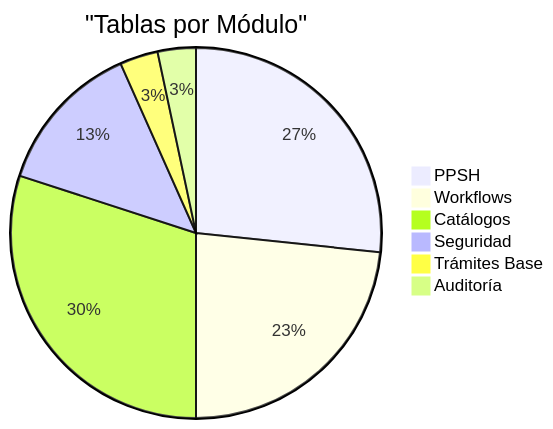
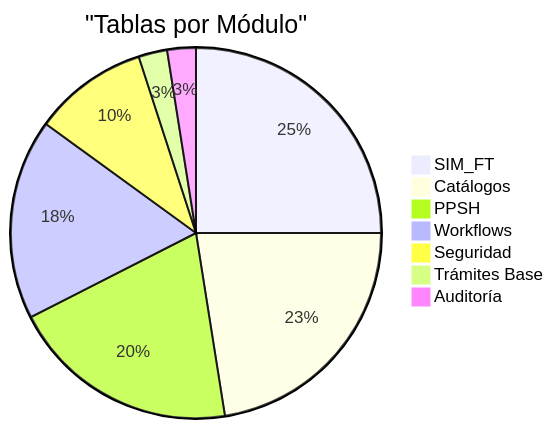
The first of 2 diagrams in docs-site/database/index.md (juncid/tramites-mvp-panama), drawn with Mermaid before and after one commit. The commit also changed other lines of this file and 3 other files, not shown here.

````diff
--- a/docs-site/database/index.md
+++ b/docs-site/database/index.md
@@ -128,9 +154,10 @@
 ```mermaid
 pie title "Tablas por Módulo"
+    "SIM_FT" : 10
+    "Catálogos" : 9
     "PPSH" : 8
     "Workflows" : 7
-    "Catálogos" : 9
     "Seguridad" : 4
     "Trámites Base" : 1
     "Auditoría" : 1
 ```
````
